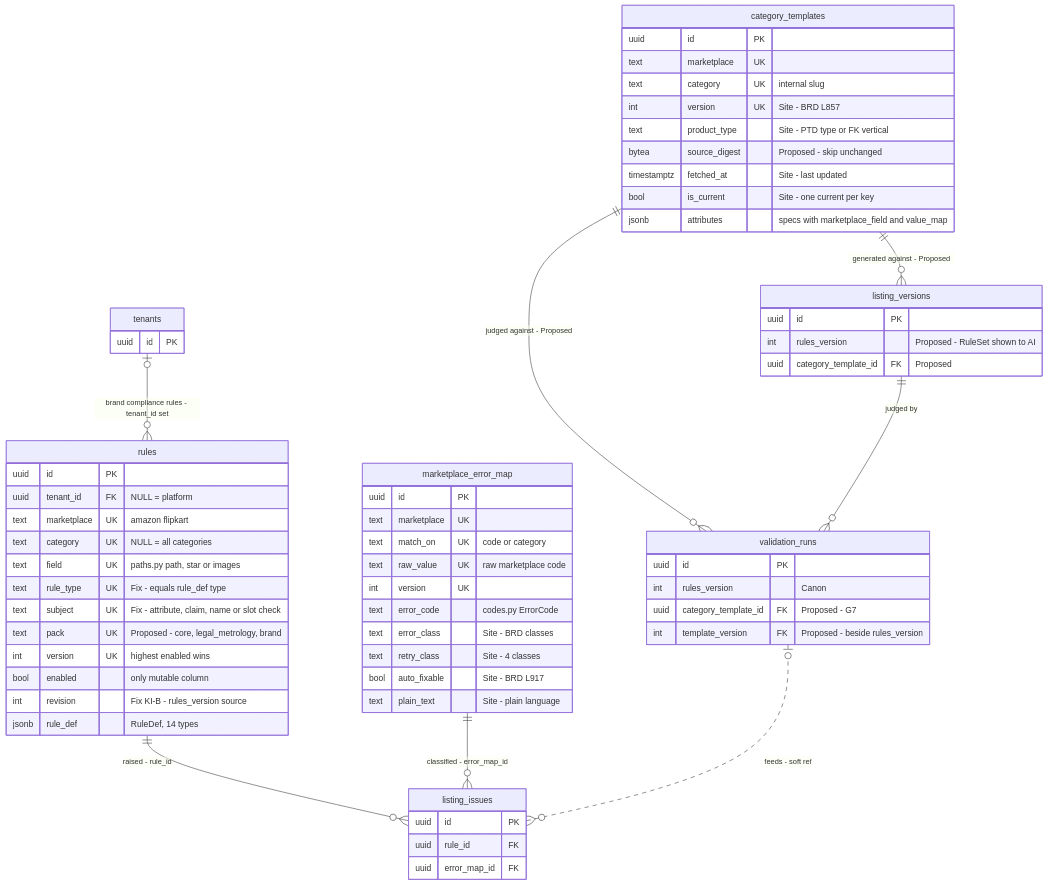
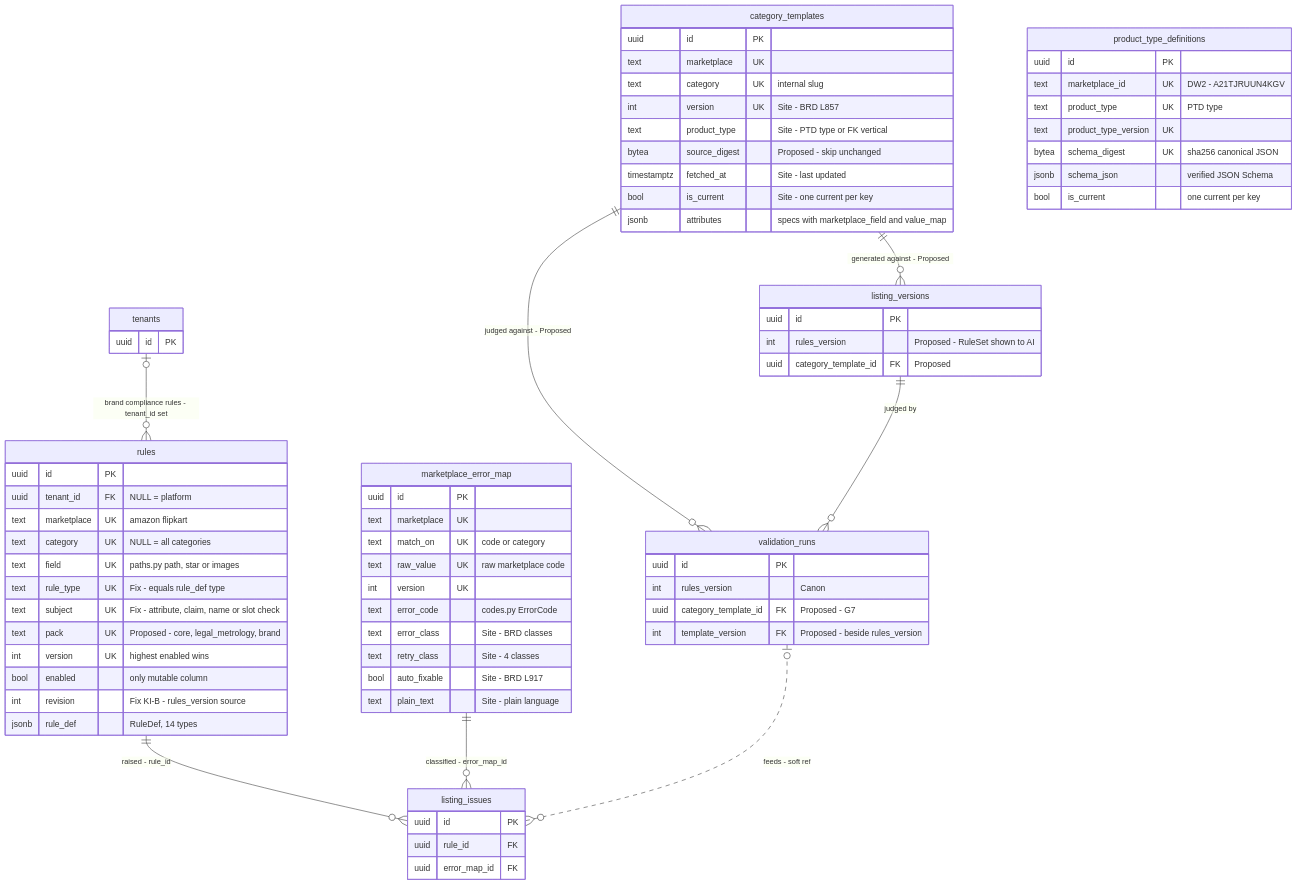
The sixth of 24 diagrams in docs/architecture/DATABASE.md (maniacultasset/ai-marketplace-os), drawn with Mermaid before and after one commit. The commit also changed other lines of this file and 75 other files, not shown here.

Commit message:
feat(amazon): product type definitions store, schema check before first publish, and staff refresh CLI

````diff
--- a/docs/architecture/DATABASE.md
+++ b/docs/architecture/DATABASE.md
@@ -588,66 +609,75 @@
 ```mermaid
 erDiagram
   tenants |o--o{ rules : "brand compliance rules - tenant_id set"
   rules ||--o{ listing_issues : "raised - rule_id"
   marketplace_error_map ||--o{ listing_issues : "classified - error_map_id"
   category_templates ||--o{ validation_runs : "judged against - Proposed"
   category_templates ||--o{ listing_versions : "generated against - Proposed"
   listing_versions ||--o{ validation_runs : "judged by"
   validation_runs |o..o{ listing_issues : "feeds - soft ref"
   rules {
     uuid id PK
     uuid tenant_id FK "NULL = platform"
     text marketplace UK "amazon flipkart"
     text category UK "NULL = all categories"
     text field UK "paths.py path, star or images"
     text rule_type UK "Fix - equals rule_def type"
     text subject UK "Fix - attribute, claim, name or slot check"
     text pack UK "Proposed - core, legal_metrology, brand"
     int version UK "highest enabled wins"
     bool enabled "only mutable column"
     int revision "Fix KI-B - rules_version source"
     jsonb rule_def "RuleDef, 14 types"
   }
   category_templates {
     uuid id PK
     text marketplace UK
     text category UK "internal slug"
     int version UK "Site - BRD L857"
     text product_type "Site - PTD type or FK vertical"
     bytea source_digest "Proposed - skip unchanged"
     timestamptz fetched_at "Site - last updated"
     bool is_current "Site - one current per key"
     jsonb attributes "specs with marketplace_field and value_map"
   }
+  product_type_definitions {
+    uuid id PK
+    text marketplace_id UK "DW2 - A21TJRUUN4KGV"
+    text product_type UK "PTD type"
+    text product_type_version UK
+    bytea schema_digest UK "sha256 canonical JSON"
+    jsonb schema_json "verified JSON Schema"
+    bool is_current "one current per key"
+  }
   marketplace_error_map {
     uuid id PK
     text marketplace UK
     text match_on UK "code or category"
     text raw_value UK "raw marketplace code"
     int version UK
     text error_code "codes.py ErrorCode"
     text error_class "Site - BRD classes"
     text retry_class "Site - 4 classes"
     bool auto_fixable "Site - BRD L917"
     text plain_text "Site - plain language"
   }
   validation_runs {
     uuid id PK
     int rules_version "Canon"
     uuid category_template_id FK "Proposed - G7"
     int template_version FK "Proposed - beside rules_version"
   }
   listing_versions {
     uuid id PK
     int rules_version "Proposed - RuleSet shown to AI"
     uuid category_template_id FK "Proposed"
   }
   listing_issues {
     uuid id PK
     uuid rule_id FK
     uuid error_map_id FK
   }
   tenants {
     uuid id PK
   }
 ```
````
